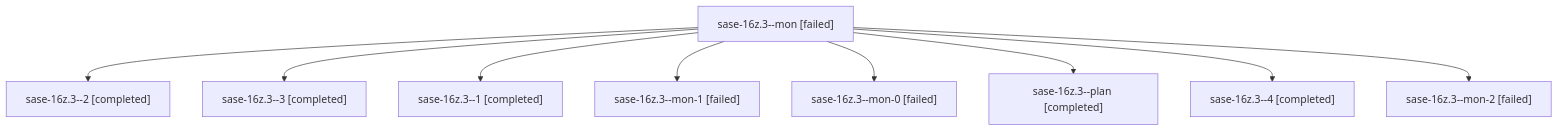
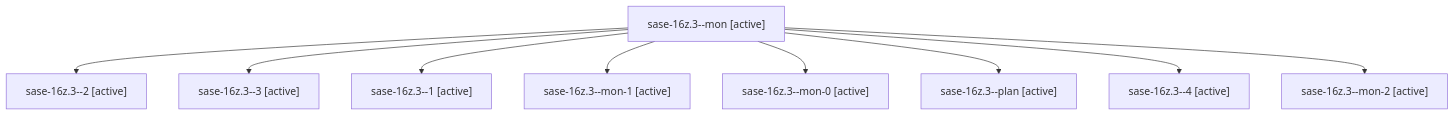
Before and after one commit to sase-org/sase--agents: the diagram in families/bbugyi200.athena.sase-16z.3.md, drawn with Mermaid. The commit also changed other lines of this file and 35830 other files, not shown here.

````diff
--- a/families/bbugyi200.athena.sase-16z.3.md
+++ b/families/bbugyi200.athena.sase-16z.3.md
@@ -9,20 +9,20 @@
 ```mermaid
 flowchart TD
-  n0["sase-16z.3--mon [failed]"]
-  n1["sase-16z.3--2 [completed]"]
+  n0["sase-16z.3--mon [active]"]
+  n1["sase-16z.3--2 [active]"]
   n0 --> n1
-  n2["sase-16z.3--3 [completed]"]
+  n2["sase-16z.3--3 [active]"]
   n0 --> n2
-  n3["sase-16z.3--1 [completed]"]
+  n3["sase-16z.3--1 [active]"]
   n0 --> n3
-  n4["sase-16z.3--mon-1 [failed]"]
+  n4["sase-16z.3--mon-1 [active]"]
   n0 --> n4
-  n5["sase-16z.3--mon-0 [failed]"]
+  n5["sase-16z.3--mon-0 [active]"]
   n0 --> n5
-  n6["sase-16z.3--plan [completed]"]
+  n6["sase-16z.3--plan [active]"]
   n0 --> n6
-  n7["sase-16z.3--4 [completed]"]
+  n7["sase-16z.3--4 [active]"]
   n0 --> n7
-  n8["sase-16z.3--mon-2 [failed]"]
+  n8["sase-16z.3--mon-2 [active]"]
   n0 --> n8
 ```
````
